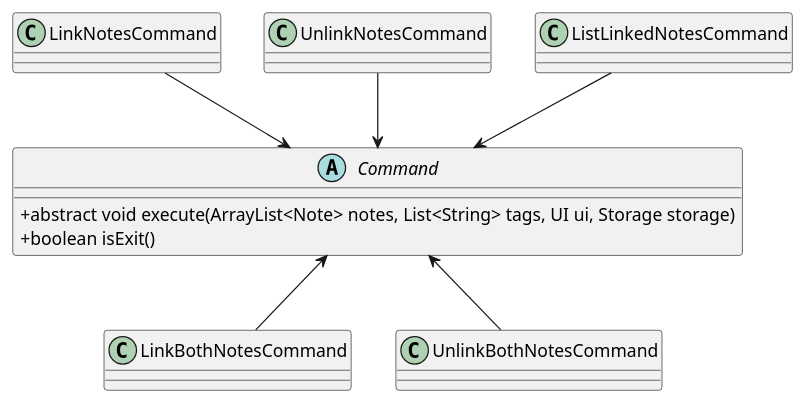
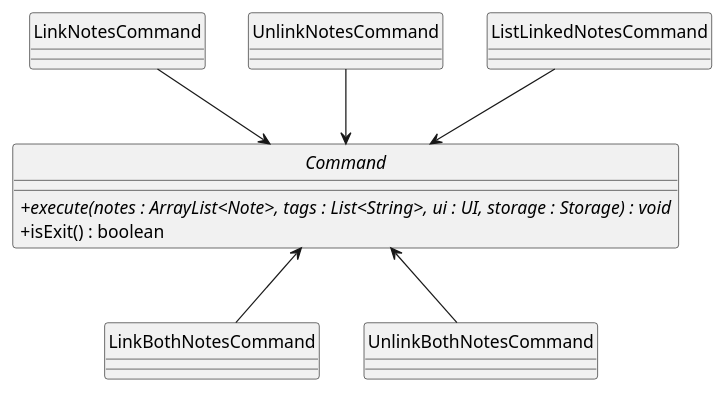
One commit to shauntsr/tp changed the diagram in docs/diagrams/LinkCommands.puml. Above: the diagram before and after it, drawn with PlantUML. The commit also changed 10 other files, not shown here.

```diff
--- a/docs/diagrams/LinkCommands.puml
+++ b/docs/diagrams/LinkCommands.puml
@@ -1,22 +1,23 @@
 @startuml LinkCommands
 skinparam classAttributeIconSize 0
+hide circle
 
 abstract class Command {
-    + abstract void execute(ArrayList<Note> notes, List<String> tags, UI ui, Storage storage) 
-    + boolean isExit()
+    + {abstract} execute(notes : ArrayList<Note>, tags : List<String>, ui : UI, storage : Storage) : void
+    + isExit() : boolean
 }
 
 class LinkNotesCommand
 class UnlinkNotesCommand
 class LinkBothNotesCommand
 class UnlinkBothNotesCommand
 class ListLinkedNotesCommand
 
 ' Inheritance
 ListLinkedNotesCommand --> Command
 LinkNotesCommand --> Command
 UnlinkNotesCommand --> Command
 LinkBothNotesCommand -up-> Command
 UnlinkBothNotesCommand -up-> Command
 
 @enduml
```
